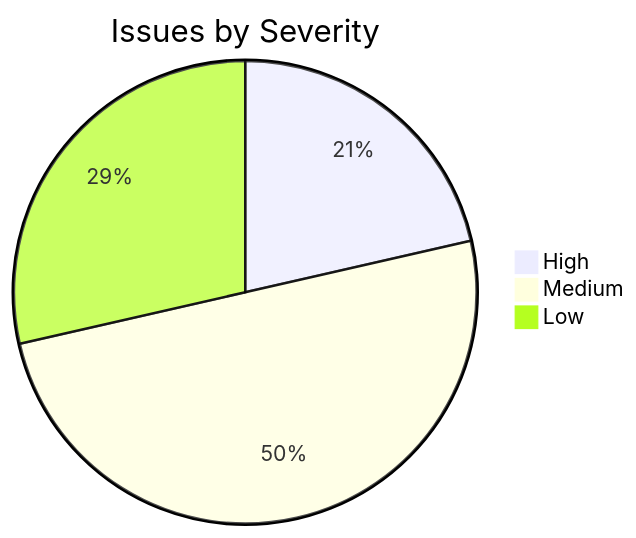
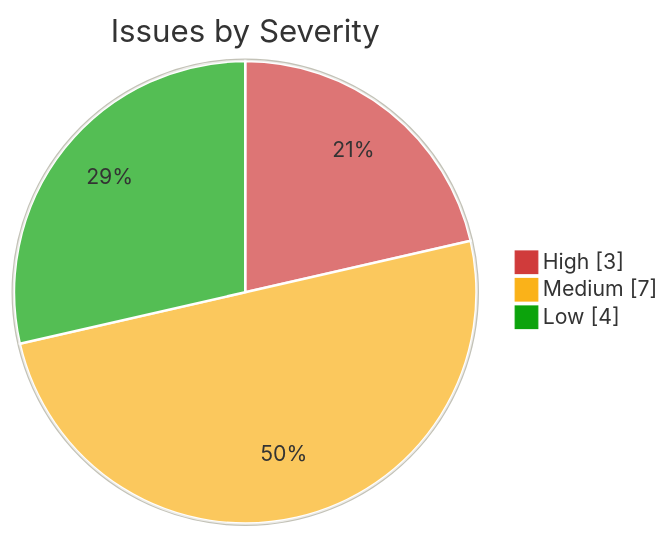
The third of 4 diagrams in skills/code-to-docs-references/obsidian-templates.md (SDS-Mode/code-to-docs-skill), drawn with Mermaid before and after one commit. The commit also changed other lines of this file and 4 other files, not shown here.

First line of the commit message:
docs: redesign README diagrams and generator Mermaid conventions

````diff
--- a/skills/code-to-docs-references/obsidian-templates.md
+++ b/skills/code-to-docs-references/obsidian-templates.md
@@ -321,6 +346,7 @@
 ```mermaid
-pie title Issues by Severity
+%%{init: {'theme':'base','themeVariables':{'pie1':'#d03b3b','pie2':'#fab219','pie3':'#0ca30c','pieStrokeColor':'#ffffff','pieOuterStrokeColor':'#c3c2b7'}}}%%
+pie showData title Issues by Severity
     "High" : 3
     "Medium" : 7
     "Low" : 4
 ```
````
